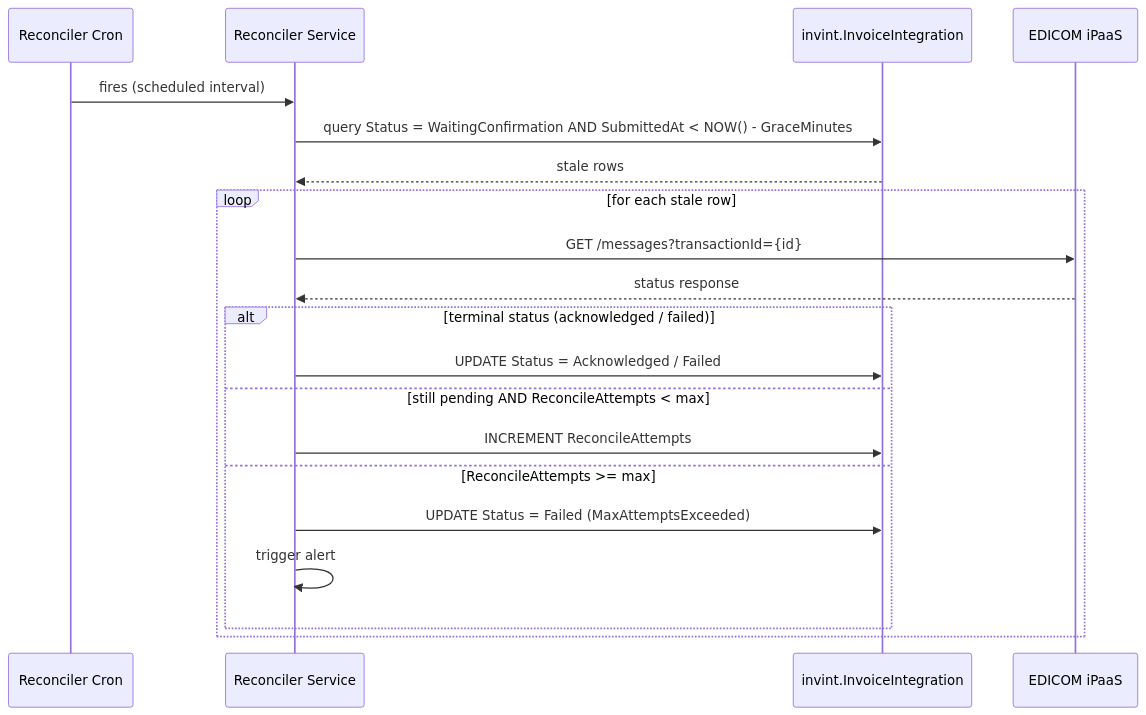
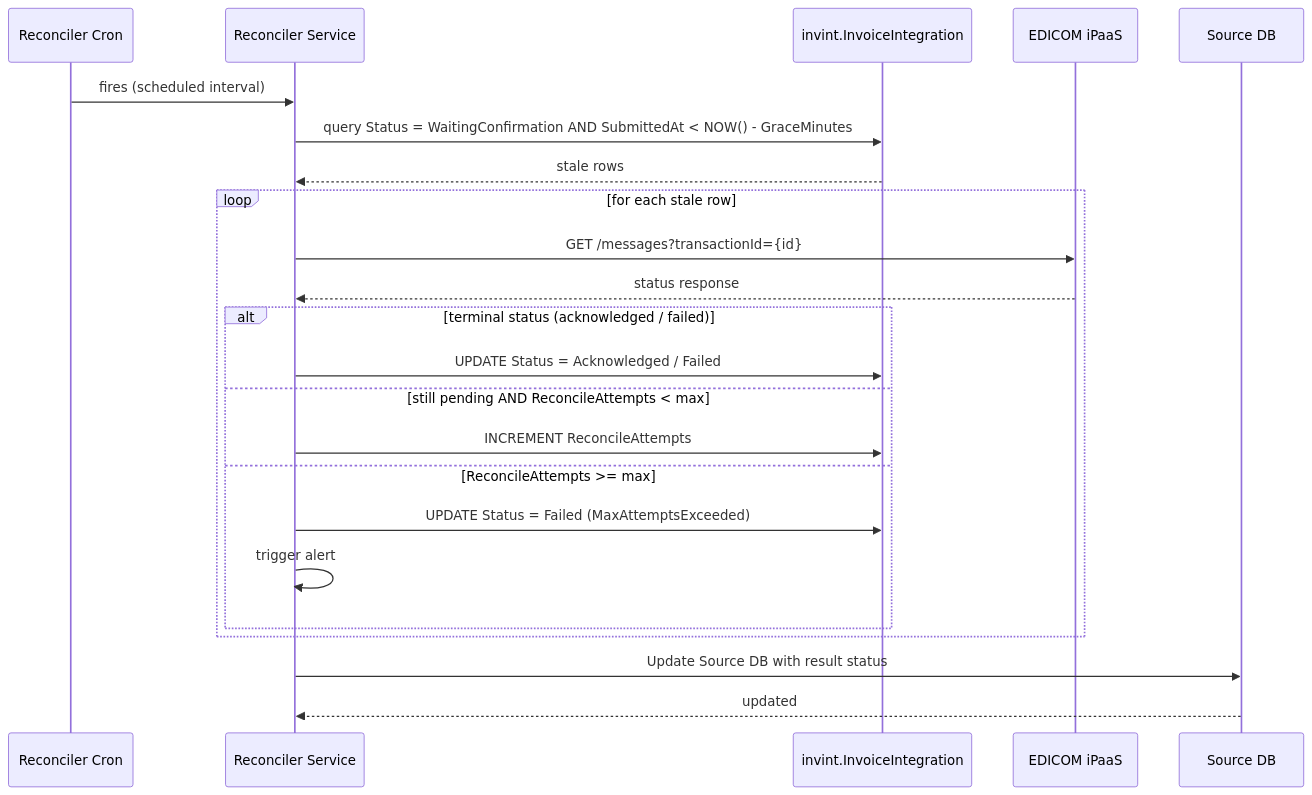
The sixth of 6 diagrams in InvoiceIntegrator/ADR-001-EDICOM-Invoice-Integration-Service.md (ctorresunimag95/Designs), drawn with Mermaid before and after one commit. The commit also changed 2 other files, not shown here.

````diff
--- a/InvoiceIntegrator/ADR-001-EDICOM-Invoice-Integration-Service.md
+++ b/InvoiceIntegrator/ADR-001-EDICOM-Invoice-Integration-Service.md
@@ -283,25 +283,28 @@
 ```mermaid
 sequenceDiagram
   participant RCron as Reconciler Cron
   participant Rec as Reconciler Service
   participant IntDB as invint.InvoiceIntegration
   participant Edicom as EDICOM iPaaS
+  participant SrcDB as Source DB
 
   RCron->>Rec: fires (scheduled interval)
   Rec->>IntDB: query Status = WaitingConfirmation AND SubmittedAt < NOW() - GraceMinutes
   IntDB-->>Rec: stale rows
 
   loop for each stale row
     Rec->>Edicom: GET /messages?transactionId={id}
     Edicom-->>Rec: status response
 
     alt terminal status (acknowledged / failed)
       Rec->>IntDB: UPDATE Status = Acknowledged / Failed
     else still pending AND ReconcileAttempts < max
       Rec->>IntDB: INCREMENT ReconcileAttempts
     else ReconcileAttempts >= max
       Rec->>IntDB: UPDATE Status = Failed (MaxAttemptsExceeded)
       Rec->>Rec: trigger alert
     end
   end
+  Rec->>SrcDB: Update Source DB with result status
+  SrcDB-->>Rec: updated
 ```
````
